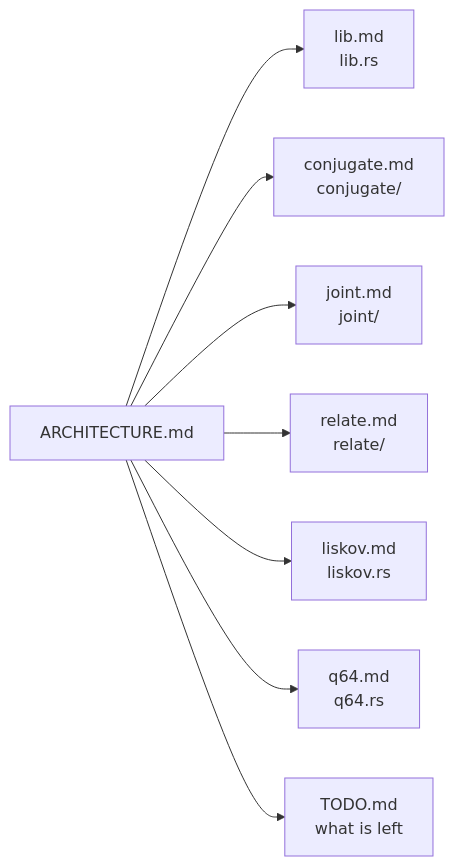
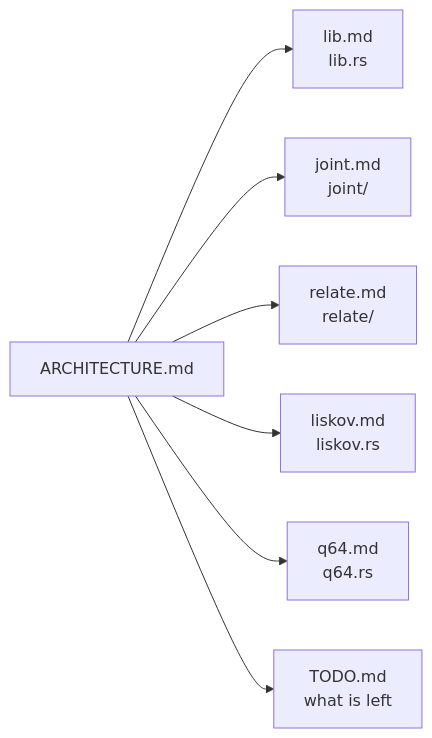
The second of 2 diagrams in crates/phical/ARCHITECTURE.md (gemphi/phinet), drawn with Mermaid before and after one commit. The commit also changed other lines of this file and 105 other files, not shown here.

````diff
--- a/crates/phical/ARCHITECTURE.md
+++ b/crates/phical/ARCHITECTURE.md
@@ -50,10 +50,9 @@
 ```mermaid
 graph LR
     A["ARCHITECTURE.md"] --> L["lib.md<br/>lib.rs"]
-    A --> C["conjugate.md<br/>conjugate/"]
     A --> J["joint.md<br/>joint/"]
     A --> R["relate.md<br/>relate/"]
     A --> K["liskov.md<br/>liskov.rs"]
     A --> Q["q64.md<br/>q64.rs"]
     A --> T["TODO.md<br/>what is left"]
 ```
````
